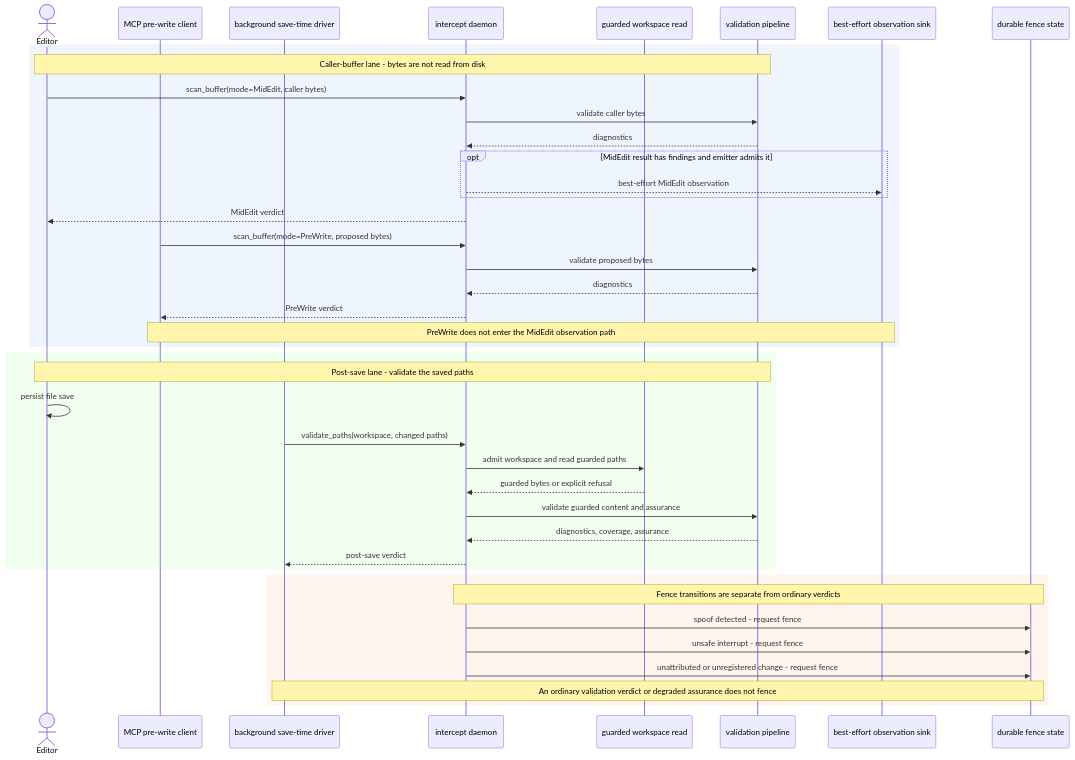
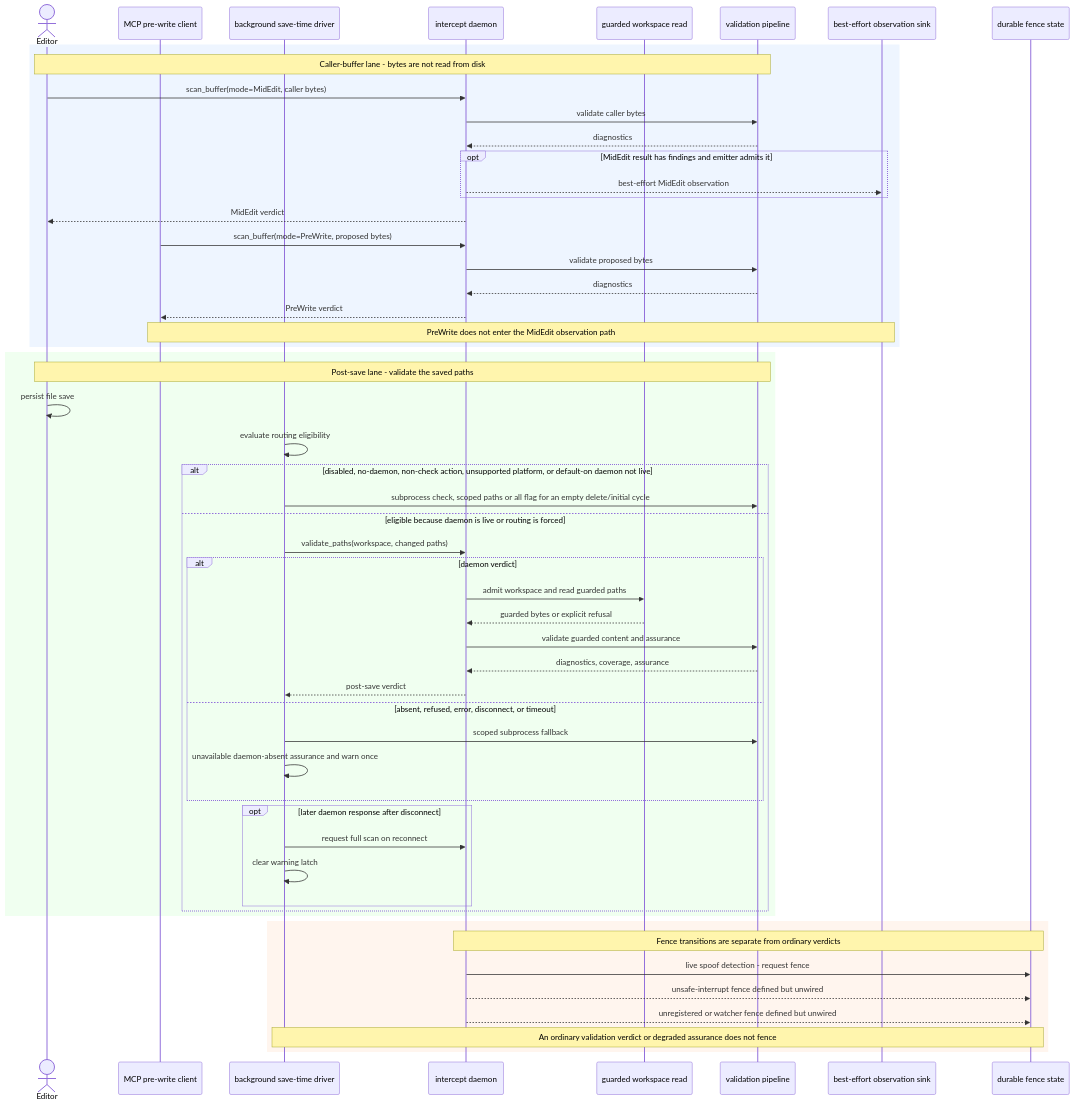
One commit to eddacraft/eddacraft-tui changed the diagram in docs/architecture/save-to-validation.md. Above: the diagram before and after it, drawn with Mermaid. The commit also changed other lines of this file and 12 other files, not shown here.

First line of the commit message:
docs(architecture): repair central view accuracy

````diff
--- a/docs/architecture/save-to-validation.md
+++ b/docs/architecture/save-to-validation.md
@@ -22,46 +22,60 @@
 ```mermaid
 sequenceDiagram
     actor Editor
     participant MCP as MCP pre-write client
     participant Driver as background save-time driver
     participant Daemon as intercept daemon
     participant Guard as guarded workspace read
     participant Checks as validation pipeline
     participant Observe as best-effort observation sink
     participant Fence as durable fence state
 
     rect rgb(238, 245, 255)
         Note over Editor,Checks: Caller-buffer lane - bytes are not read from disk
         Editor->>Daemon: scan_buffer(mode=MidEdit, caller bytes)
         Daemon->>Checks: validate caller bytes
         Checks-->>Daemon: diagnostics
         opt MidEdit result has findings and emitter admits it
             Daemon-->>Observe: best-effort MidEdit observation
         end
         Daemon-->>Editor: MidEdit verdict
         MCP->>Daemon: scan_buffer(mode=PreWrite, proposed bytes)
         Daemon->>Checks: validate proposed bytes
         Checks-->>Daemon: diagnostics
         Daemon-->>MCP: PreWrite verdict
         Note over MCP,Observe: PreWrite does not enter the MidEdit observation path
     end
 
     rect rgb(240, 255, 240)
         Note over Editor,Checks: Post-save lane - validate the saved paths
         Editor->>Editor: persist file save
-        Driver->>Daemon: validate_paths(workspace, changed paths)
-        Daemon->>Guard: admit workspace and read guarded paths
-        Guard-->>Daemon: guarded bytes or explicit refusal
-        Daemon->>Checks: validate guarded content and assurance
-        Checks-->>Daemon: diagnostics, coverage, assurance
-        Daemon-->>Driver: post-save verdict
+        Driver->>Driver: evaluate routing eligibility
+        alt disabled, no-daemon, non-check action, unsupported platform, or default-on daemon not live
+            Driver->>Checks: subprocess check, scoped paths or all flag for an empty delete/initial cycle
+        else eligible because daemon is live or routing is forced
+            Driver->>Daemon: validate_paths(workspace, changed paths)
+            alt daemon verdict
+                Daemon->>Guard: admit workspace and read guarded paths
+                Guard-->>Daemon: guarded bytes or explicit refusal
+                Daemon->>Checks: validate guarded content and assurance
+                Checks-->>Daemon: diagnostics, coverage, assurance
+                Daemon-->>Driver: post-save verdict
+            else absent, refused, error, disconnect, or timeout
+                Driver->>Checks: scoped subprocess fallback
+                Driver->>Driver: unavailable daemon-absent assurance and warn once
+            end
+            opt later daemon response after disconnect
+                Driver->>Daemon: request full scan on reconnect
+                Driver->>Driver: clear warning latch
+            end
+        end
     end
 
     rect rgb(255, 245, 238)
         Note over Daemon,Fence: Fence transitions are separate from ordinary verdicts
-        Daemon->>Fence: spoof detected - request fence
-        Daemon->>Fence: unsafe interrupt - request fence
-        Daemon->>Fence: unattributed or unregistered change - request fence
+        Daemon->>Fence: live spoof detection - request fence
+        Daemon-->>Fence: unsafe-interrupt fence defined but unwired
+        Daemon-->>Fence: unregistered or watcher fence defined but unwired
         Note over Driver,Fence: An ordinary validation verdict or degraded assurance does not fence
     end
 ```
````
